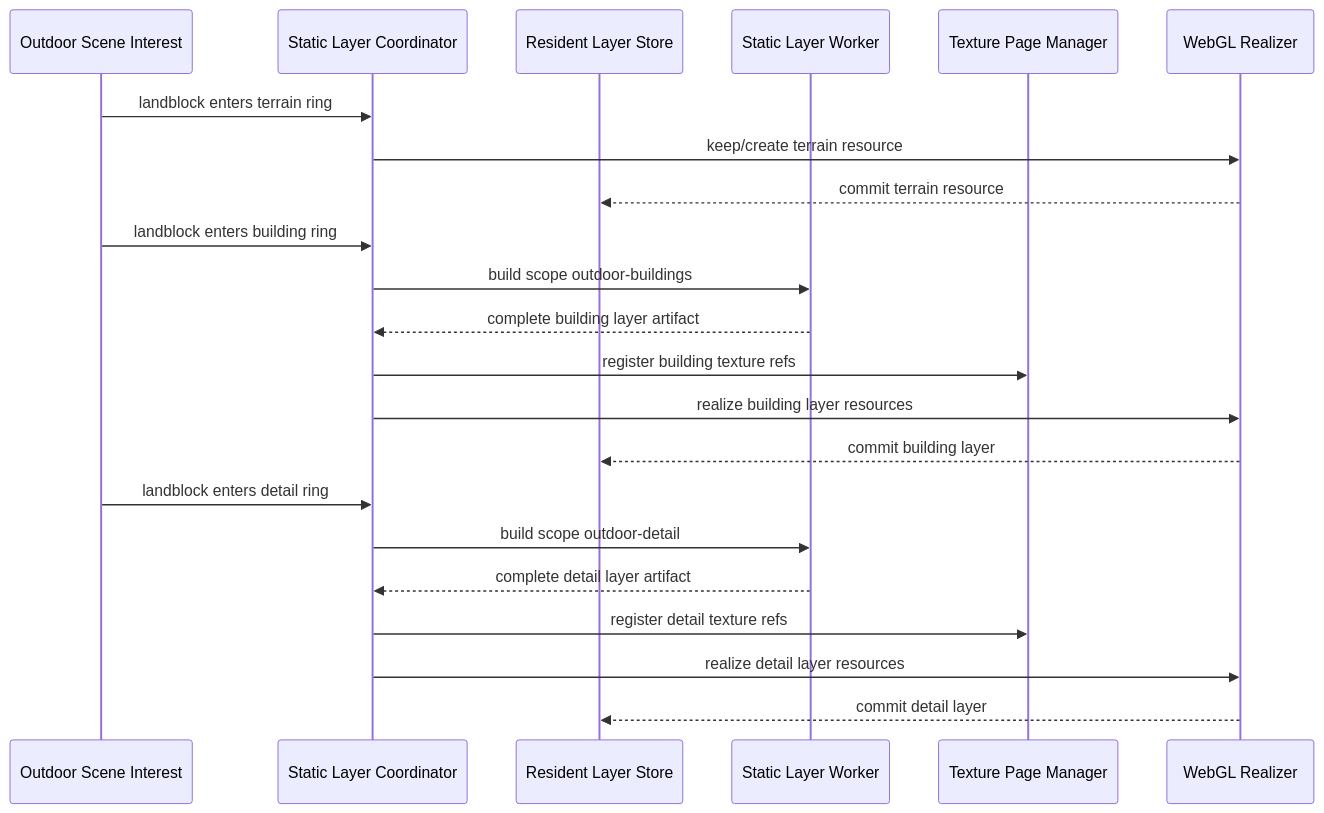
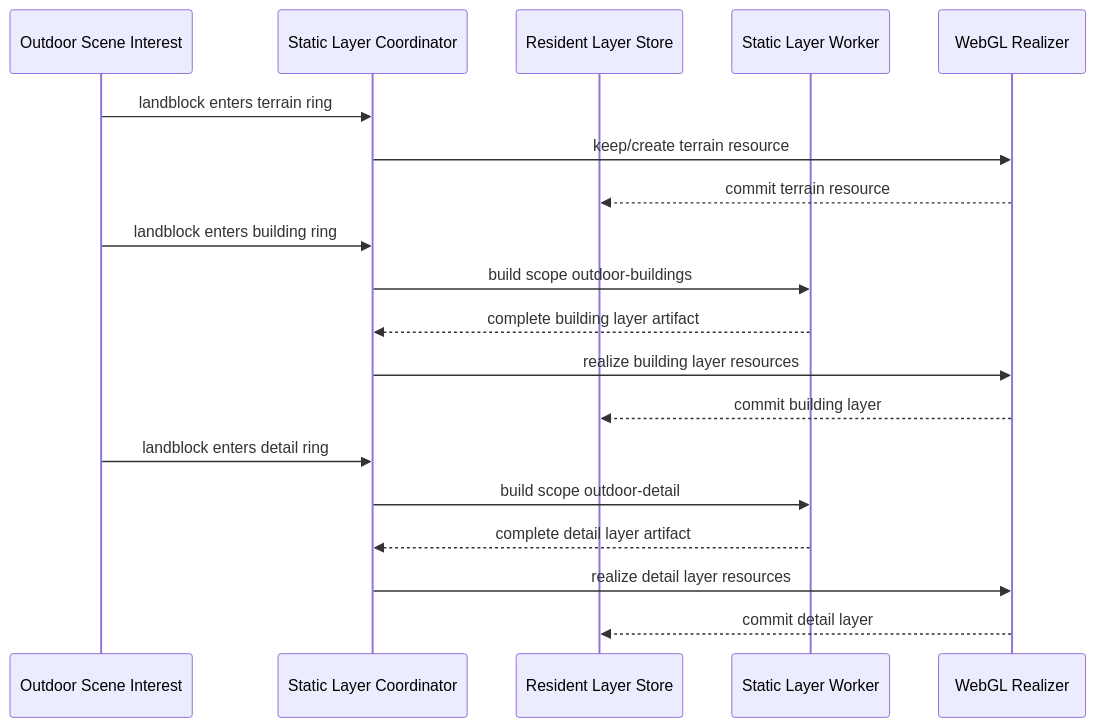
One commit to merklejerk/holtburger changed the third of 9 diagrams in docs/plans/holtburger-3d-static-landblock-render-bundle-replacement-plan.md. Above: the diagram before and after it, drawn with Mermaid. The commit also changed other lines of this file and 4 other files, not shown here.

````diff
--- a/docs/plans/holtburger-3d-static-landblock-render-bundle-replacement-plan.md
+++ b/docs/plans/holtburger-3d-static-landblock-render-bundle-replacement-plan.md
@@ -206,25 +299,22 @@
 ```mermaid
 sequenceDiagram
     participant Interest as Outdoor Scene Interest
     participant Coord as Static Layer Coordinator
     participant Store as Resident Layer Store
     participant Worker as Static Layer Worker
-    participant Texture as Texture Page Manager
     participant GL as WebGL Realizer
 
     Interest->>Coord: landblock enters terrain ring
     Coord->>GL: keep/create terrain resource
     GL-->>Store: commit terrain resource
     Interest->>Coord: landblock enters building ring
     Coord->>Worker: build scope outdoor-buildings
     Worker-->>Coord: complete building layer artifact
-    Coord->>Texture: register building texture refs
     Coord->>GL: realize building layer resources
     GL-->>Store: commit building layer
     Interest->>Coord: landblock enters detail ring
     Coord->>Worker: build scope outdoor-detail
     Worker-->>Coord: complete detail layer artifact
-    Coord->>Texture: register detail texture refs
     Coord->>GL: realize detail layer resources
     GL-->>Store: commit detail layer
 ```
````
